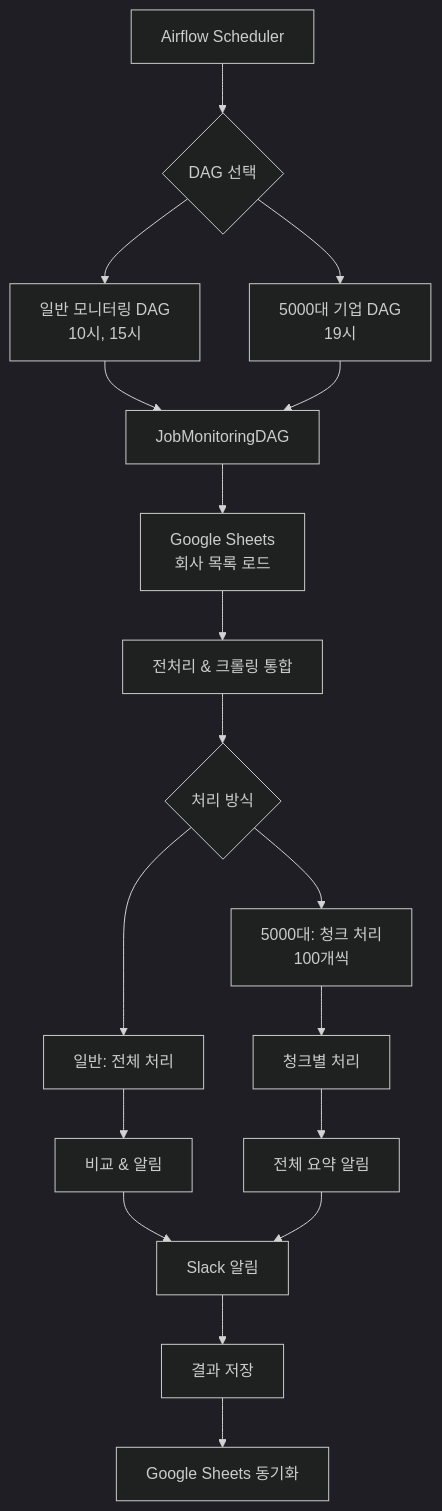
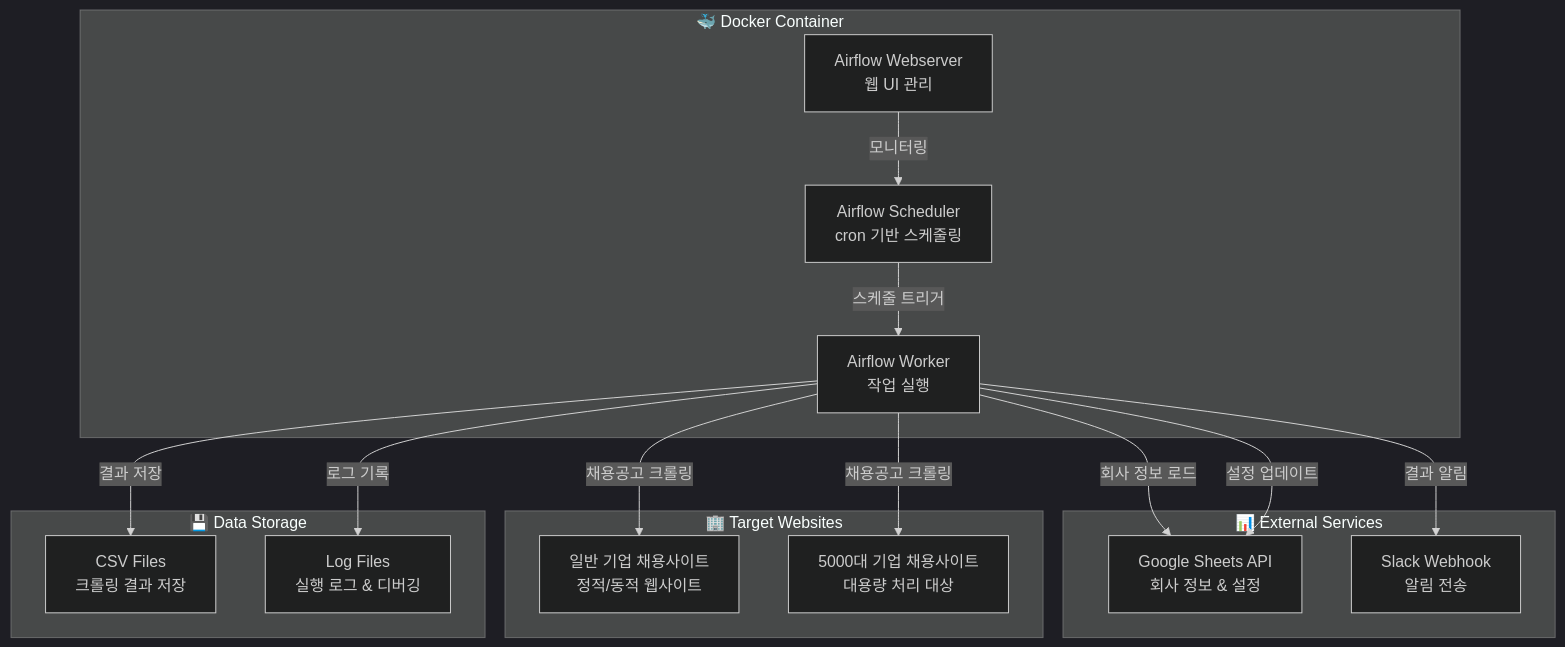
The first of 3 diagrams in README.md (goodnews724/job-monitoring), drawn with Mermaid (dark theme) before and after one commit. The commit also changed other lines of this file, not shown here.

First line of the commit message:
docs: 시스템 아키텍처 다이어그램 대폭 개선

````diff
--- a/README.md
+++ b/README.md
@@ -34,25 +35,33 @@
 ```mermaid
 graph TB
-    A[Airflow Scheduler] --> B{DAG 선택}
-    B --> C[일반 모니터링 DAG<br/>10시, 15시]
-    B --> D[5000대 기업 DAG<br/>19시]
+    subgraph "🐳 Docker Container"
+        A[Airflow Scheduler<br/>cron 기반 스케줄링]
+        B[Airflow Webserver<br/>웹 UI 관리]
+        C[Airflow Worker<br/>작업 실행]
+    end
 
-    C --> E[JobMonitoringDAG]
-    D --> E
+    subgraph "📊 External Services"
+        D[Google Sheets API<br/>회사 정보 & 설정]
+        E[Slack Webhook<br/>알림 전송]
+    end
 
-    E --> F[Google Sheets<br/>회사 목록 로드]
-    F --> G[전처리 & 크롤링 통합]
-    G --> H{처리 방식}
+    subgraph "🏢 Target Websites"
+        F[일반 기업 채용사이트<br/>정적/동적 웹사이트]
+        G[5000대 기업 채용사이트<br/>대용량 처리 대상]
+    end
 
-    H --> I[일반: 전체 처리]
-    H --> J[5000대: 청크 처리<br/>100개씩]
+    subgraph "💾 Data Storage"
+        H[CSV Files<br/>크롤링 결과 저장]
+        I[Log Files<br/>실행 로그 & 디버깅]
+    end
 
-    I --> K[비교 & 알림]
-    J --> L[청크별 처리]
-    L --> M[전체 요약 알림]
-
-    K --> N[Slack 알림]
-    M --> N
-    N --> O[결과 저장]
-    O --> P[Google Sheets 동기화]
+    A --> |스케줄 트리거| C
+    C --> |회사 정보 로드| D
+    C --> |채용공고 크롤링| F
+    C --> |채용공고 크롤링| G
+    C --> |결과 알림| E
+    C --> |결과 저장| H
+    C --> |로그 기록| I
+    C --> |설정 업데이트| D
+    B --> |모니터링| A
 ```
````
